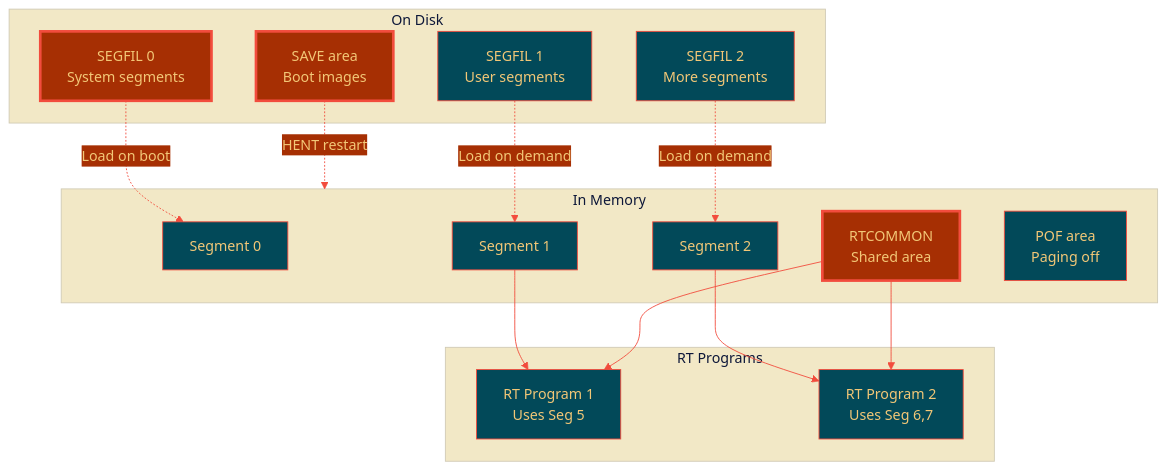
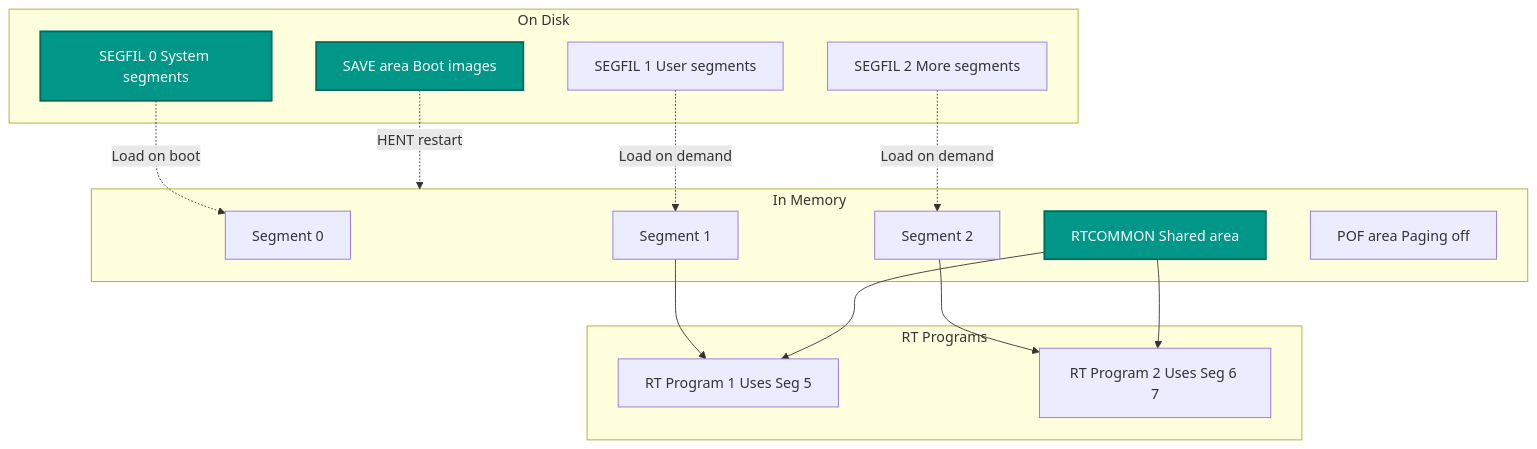
The first of 4 diagrams in SINTRAN/OS/11-RT-SEGMENTS-AND-SEGFIL.md (HackerCorpLabs/NDInsight), drawn with Mermaid before and after one commit. The commit also changed other lines of this file and 19 other files, not shown here.

Commit message:
Updated Mermaid diagrams

````diff
--- a/SINTRAN/OS/11-RT-SEGMENTS-AND-SEGFIL.md
+++ b/SINTRAN/OS/11-RT-SEGMENTS-AND-SEGFIL.md
@@ -40,37 +40,36 @@
 ```mermaid
-%%{init: {'theme':'base', 'themeVariables': {'primaryColor':'#024959','primaryTextColor':'#F2C777','primaryBorderColor':'#F24C3D','lineColor':'#F24C3D','secondaryColor':'#A62F03','tertiaryColor':'#F2E8C6'}}}%%
 flowchart TB
-    subgraph DISK ["On Disk"]
-        SF0[SEGFIL 0<br/>System segments]
-        SF1[SEGFIL 1<br/>User segments]
-        SF2[SEGFIL 2<br/>More segments]
-        SAVE[SAVE area<br/>Boot images]
+    subgraph DISK [On Disk]
+        SF0[SEGFIL 0 System segments]
+        SF1[SEGFIL 1 User segments]
+        SF2[SEGFIL 2 More segments]
+        SAVE[SAVE area Boot images]
     end
-    
-    subgraph MEM ["In Memory"]
+
+    subgraph MEM [In Memory]
         SEG0[Segment 0]
         SEG1[Segment 1]
         SEG2[Segment 2]
-        RTCOM[RTCOMMON<br/>Shared area]
-        POF[POF area<br/>Paging off]
+        RTCOM[RTCOMMON Shared area]
+        POF[POF area Paging off]
     end
-    
-    subgraph RT ["RT Programs"]
-        RTP1[RT Program 1<br/>Uses Seg 5]
-        RTP2[RT Program 2<br/>Uses Seg 6,7]
+
+    subgraph RT [RT Programs]
+        RTP1[RT Program 1 Uses Seg 5]
+        RTP2[RT Program 2 Uses Seg 6 7]
     end
-    
-    SF0 -.Load on boot.-> SEG0
-    SF1 -.Load on demand.-> SEG1
-    SF2 -.Load on demand.-> SEG2
-    SAVE -.HENT restart.-> MEM
-    
+
+    SF0 -.->|"Load on boot"| SEG0
+    SF1 -.->|"Load on demand"| SEG1
+    SF2 -.->|"Load on demand"| SEG2
+    SAVE -.->|"HENT restart"| MEM
+
     SEG1 --> RTP1
     SEG2 --> RTP2
     RTCOM --> RTP1
     RTCOM --> RTP2
-    
-    style SF0 fill:#A62F03,stroke:#F24C3D,stroke-width:3px,color:#F2C777
-    style SAVE fill:#A62F03,stroke:#F24C3D,stroke-width:3px,color:#F2C777
-    style RTCOM fill:#A62F03,stroke:#F24C3D,stroke-width:3px,color:#F2C777
+
+    style SF0 fill:#009688,stroke:#00695C,stroke-width:2px,color:#fff
+    style SAVE fill:#009688,stroke:#00695C,stroke-width:2px,color:#fff
+    style RTCOM fill:#009688,stroke:#00695C,stroke-width:2px,color:#fff
 ```
````
